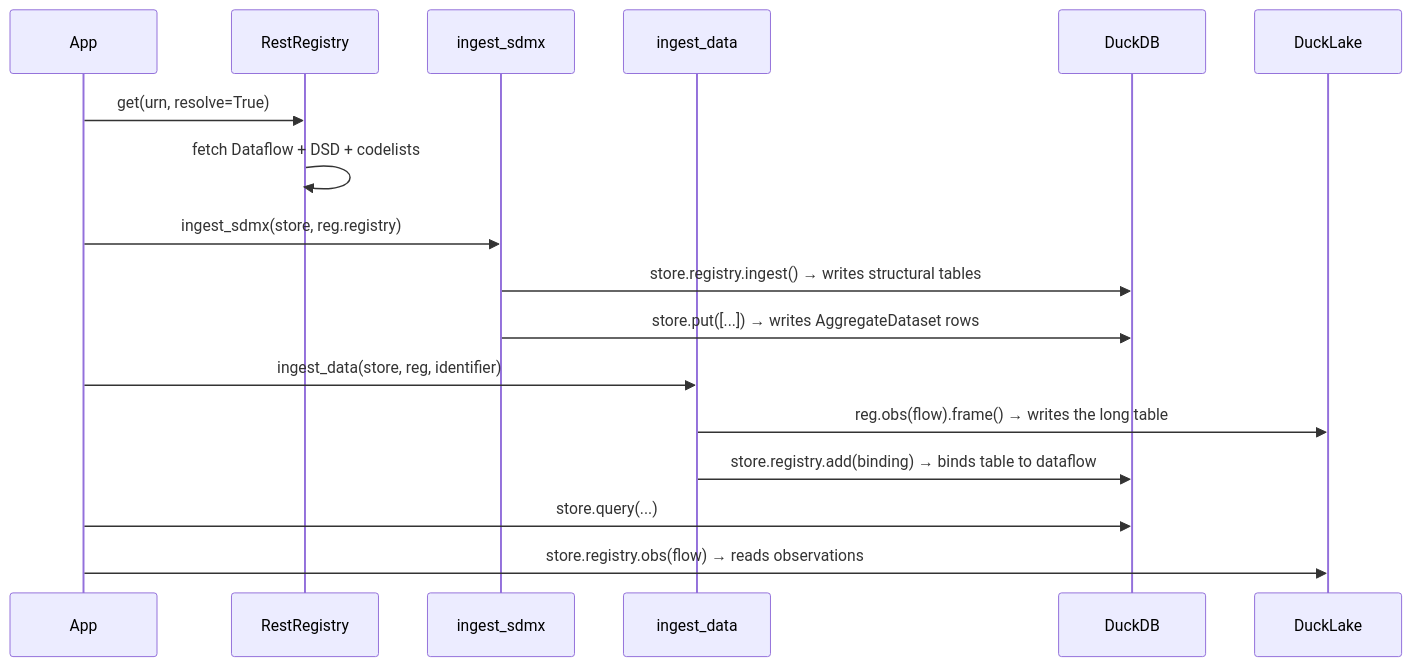
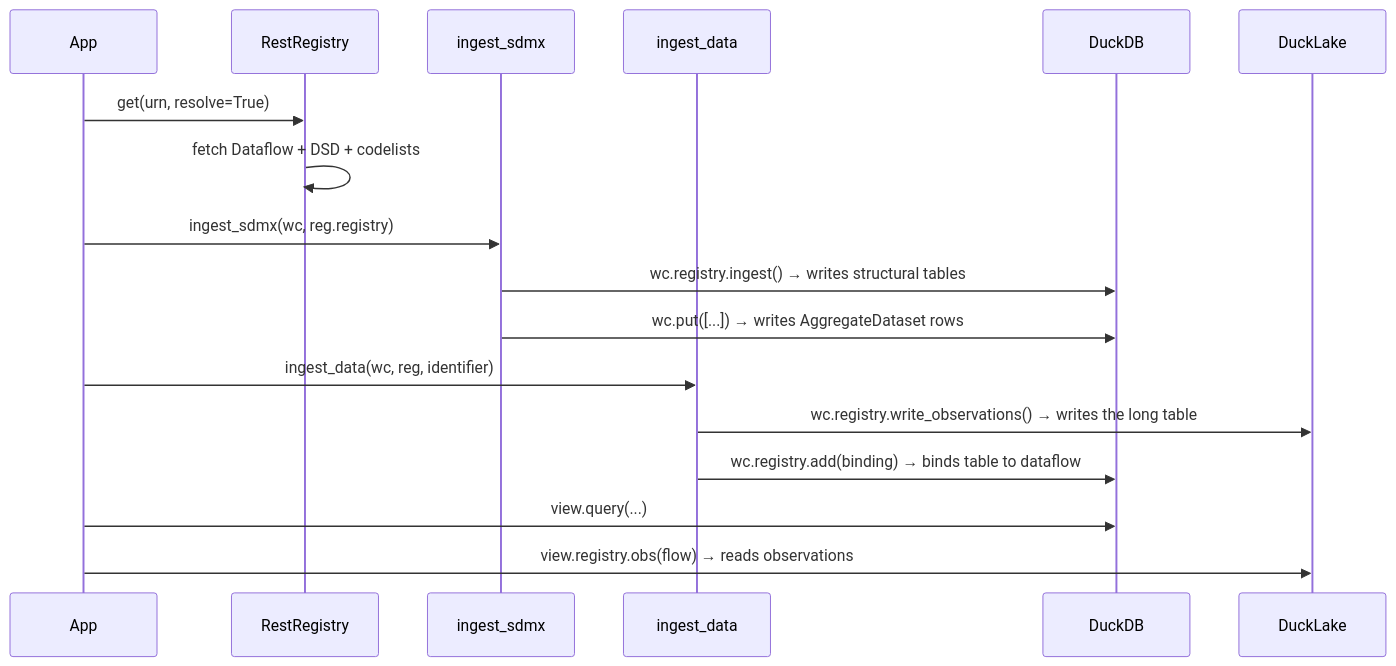
The first of 2 diagrams in docs/tutorial.md (StatCat-Suite/statcatlib), drawn with Mermaid before and after one commit. The commit also changed other lines of this file and 12 other files, not shown here.

````diff
--- a/docs/tutorial.md
+++ b/docs/tutorial.md
@@ -133,20 +145,20 @@
 ```mermaid
 sequenceDiagram
     participant App
     participant RestRegistry
     participant ingest_sdmx
     participant ingest_data
     participant DuckDB
     participant DuckLake
 
     App->>RestRegistry: get(urn, resolve=True)
     RestRegistry->>RestRegistry: fetch Dataflow + DSD + codelists
-    App->>ingest_sdmx: ingest_sdmx(store, reg.registry)
-    ingest_sdmx->>DuckDB: store.registry.ingest() → writes structural tables
-    ingest_sdmx->>DuckDB: store.put([...]) → writes AggregateDataset rows
-    App->>ingest_data: ingest_data(store, reg, identifier)
-    ingest_data->>DuckLake: reg.obs(flow).frame() → writes the long table
-    ingest_data->>DuckDB: store.registry.add(binding) → binds table to dataflow
-    App->>DuckDB: store.query(...)
-    App->>DuckLake: store.registry.obs(flow) → reads observations
+    App->>ingest_sdmx: ingest_sdmx(wc, reg.registry)
+    ingest_sdmx->>DuckDB: wc.registry.ingest() → writes structural tables
+    ingest_sdmx->>DuckDB: wc.put([...]) → writes AggregateDataset rows
+    App->>ingest_data: ingest_data(wc, reg, identifier)
+    ingest_data->>DuckLake: wc.registry.write_observations() → writes the long table
+    ingest_data->>DuckDB: wc.registry.add(binding) → binds table to dataflow
+    App->>DuckDB: view.query(...)
+    App->>DuckLake: view.registry.obs(flow) → reads observations
 ```
````
